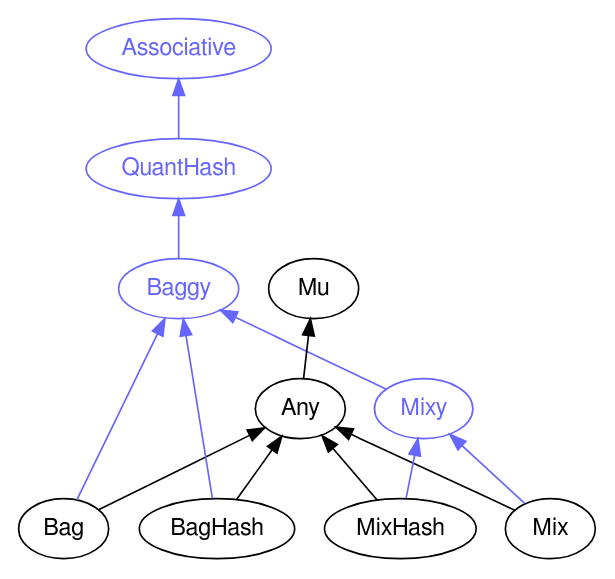
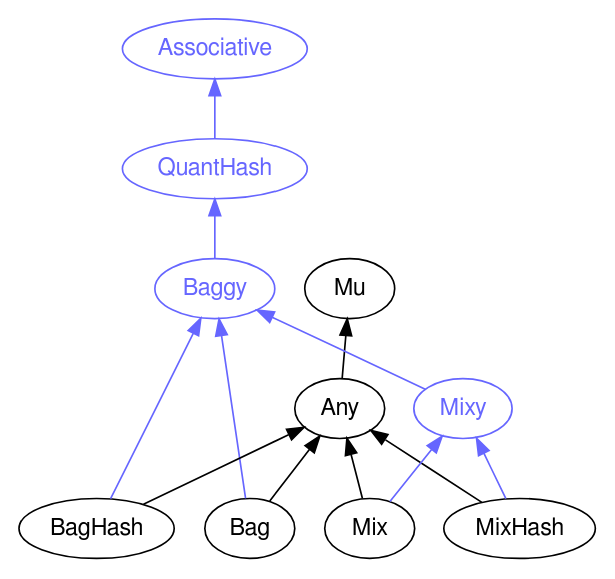
One commit to perl6docs/perl6docs.github.io changed the diagram in images/type-graph-Baggy.svg.dot. Above: the diagram before and after it, drawn with Graphviz. The commit also changed other lines of this file and 4525 other files, not shown here.

```diff
--- a/images/type-graph-Baggy.svg.dot
+++ b/images/type-graph-Baggy.svg.dot
@@ -1,32 +1,32 @@
 digraph "perl6-type-graph" {
     rankdir=BT;
     splines=polyline;
     overlap=false; 
     // Types
     "Baggy" [color="#6666FF", fontcolor="#6666FF", href="/type/Baggy", fontname="FreeSans"];
     "Associative" [color="#6666FF", fontcolor="#6666FF", href="/type/Associative", fontname="FreeSans"];
     "QuantHash" [color="#6666FF", fontcolor="#6666FF", href="/type/QuantHash", fontname="FreeSans"];
-    "Mixy" [color="#6666FF", fontcolor="#6666FF", href="/type/Mixy", fontname="FreeSans"];
     "Mu" [color="#000000", fontcolor="#000000", href="/type/Mu", fontname="FreeSans"];
     "Any" [color="#000000", fontcolor="#000000", href="/type/Any", fontname="FreeSans"];
     "Bag" [color="#000000", fontcolor="#000000", href="/type/Bag", fontname="FreeSans"];
     "BagHash" [color="#000000", fontcolor="#000000", href="/type/BagHash", fontname="FreeSans"];
+    "Mixy" [color="#6666FF", fontcolor="#6666FF", href="/type/Mixy", fontname="FreeSans"];
+    "MixHash" [color="#000000", fontcolor="#000000", href="/type/MixHash", fontname="FreeSans"];
     "Mix" [color="#000000", fontcolor="#000000", href="/type/Mix", fontname="FreeSans"];
-    "MixHash" [color="#000000", fontcolor="#000000", href="/type/MixHash", fontname="FreeSans"];
 
     // Superclasses
     "Any" -> "Mu" [color="#000000"];
     "Bag" -> "Any" [color="#000000"];
     "BagHash" -> "Any" [color="#000000"];
+    "MixHash" -> "Any" [color="#000000"];
     "Mix" -> "Any" [color="#000000"];
-    "MixHash" -> "Any" [color="#000000"];
 
     // Roles
     "Baggy" -> "QuantHash" [color="#6666FF"];
     "QuantHash" -> "Associative" [color="#6666FF"];
-    "Mixy" -> "Baggy" [color="#6666FF"];
     "Bag" -> "Baggy" [color="#6666FF"];
     "BagHash" -> "Baggy" [color="#6666FF"];
+    "Mixy" -> "Baggy" [color="#6666FF"];
+    "MixHash" -> "Mixy" [color="#6666FF"];
     "Mix" -> "Mixy" [color="#6666FF"];
-    "MixHash" -> "Mixy" [color="#6666FF"];
 }
```
